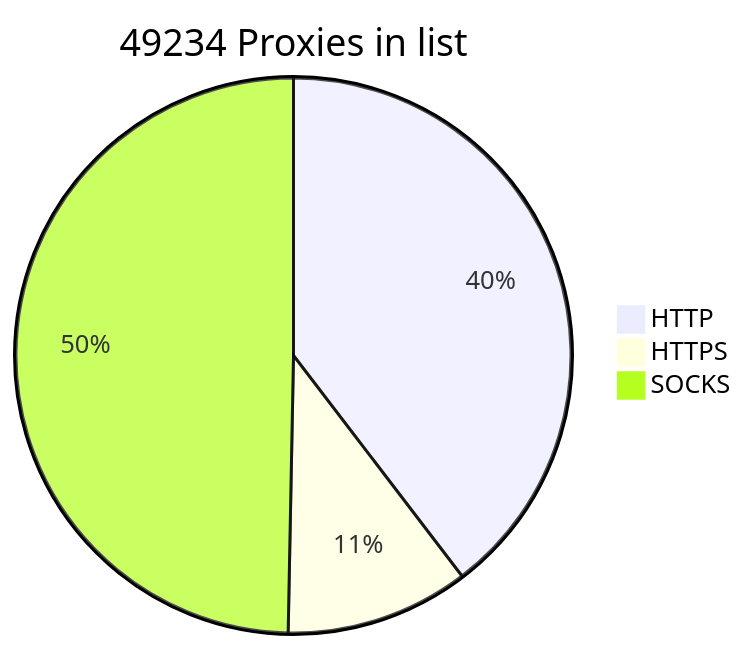
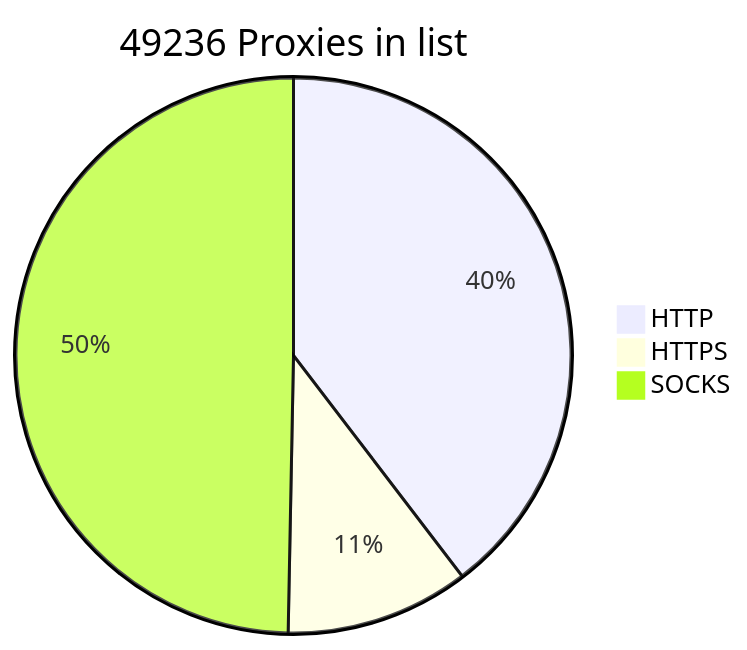
Before and after one commit to BlackSnowDot/proxylist-update-every-minute: the diagram in README.md, drawn with Mermaid.

````diff
--- a/README.md
+++ b/README.md
@@ -2,6 +2,6 @@
 ```mermaid
-pie title 49234 Proxies in list
-    "HTTP" : 21554
-    "HTTPS": 5815
-    "SOCKS" : 27035
+pie title 49236 Proxies in list
+    "HTTP" : 21553
+    "HTTPS": 5817
+    "SOCKS" : 27036
 ```
````
